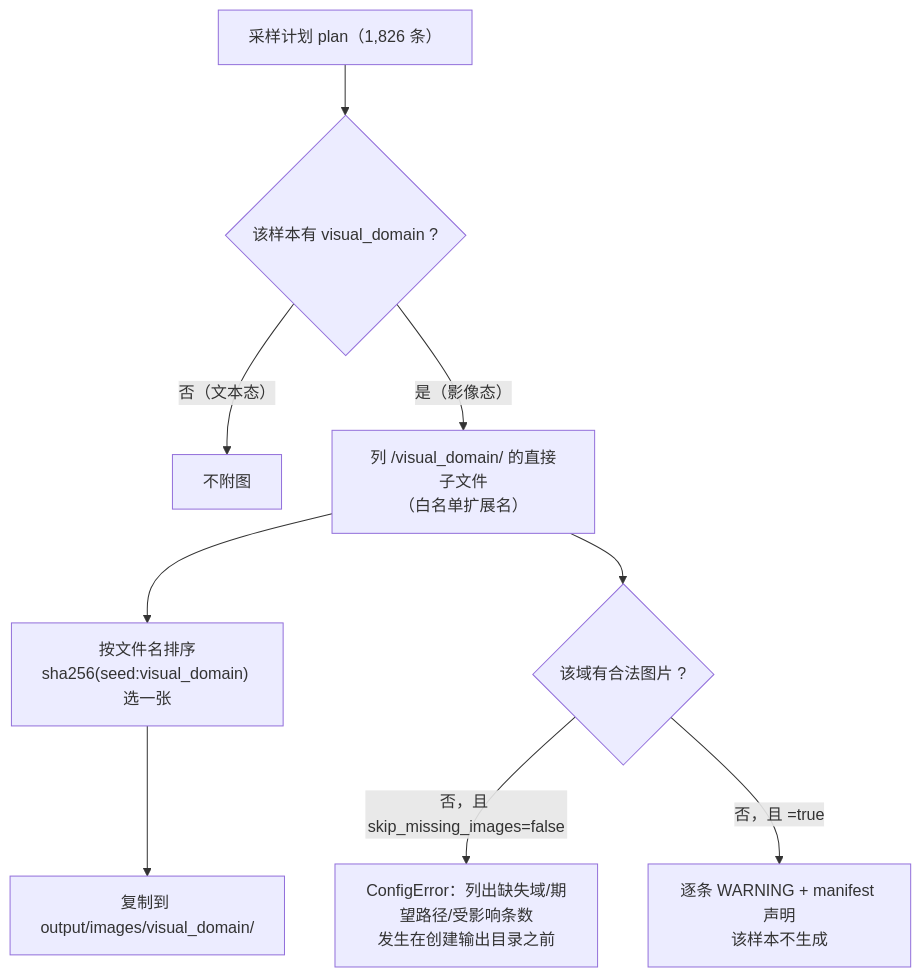
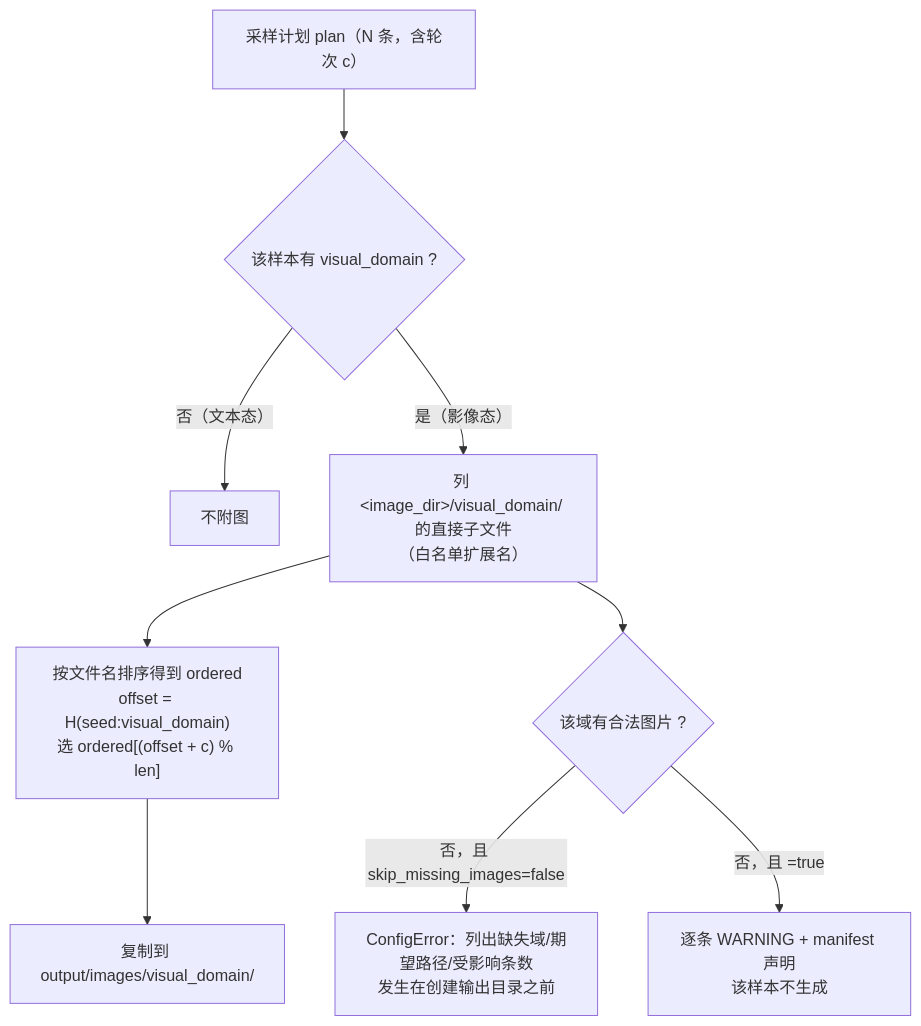
Before and after one commit to godthrone/anchor-replay-distillation: the fifth of 5 diagrams in docs/architecture.md, drawn with Mermaid. The commit also changed other lines of this file and 9 other files, not shown here.

````diff
--- a/docs/architecture.md
+++ b/docs/architecture.md
@@ -174,11 +241,11 @@
 ```mermaid
 flowchart TD
-    P["采样计划 plan（1,826 条）"] --> Q{"该样本有 visual_domain ?"}
+    P["采样计划 plan（N 条，含轮次 c）"] --> Q{"该样本有 visual_domain ?"}
     Q -- "否（文本态）" --> T["不附图"]
-    Q -- "是（影像态）" --> D["列 <image_dir>/visual_domain/ 的直接子文件<br/>（白名单扩展名）"]
-    D --> R["按文件名排序<br/>sha256(seed:visual_domain) 选一张"]
+    Q -- "是（影像态）" --> D["列 &lt;image_dir&gt;/visual_domain/ 的直接子文件<br/>（白名单扩展名）"]
+    D --> R["按文件名排序得到 ordered<br/>offset = H(seed:visual_domain)<br/>选 ordered[(offset + c) % len]"]
     R --> C["复制到 output/images/visual_domain/"]
     D --> M{"该域有合法图片 ?"}
     M -- "否，且 skip_missing_images=false" --> X["ConfigError：列出缺失域/期望路径/受影响条数<br/>发生在创建输出目录之前"]
     M -- "否，且 =true" --> W["逐条 WARNING + manifest 声明<br/>该样本不生成"]
 ```
````
